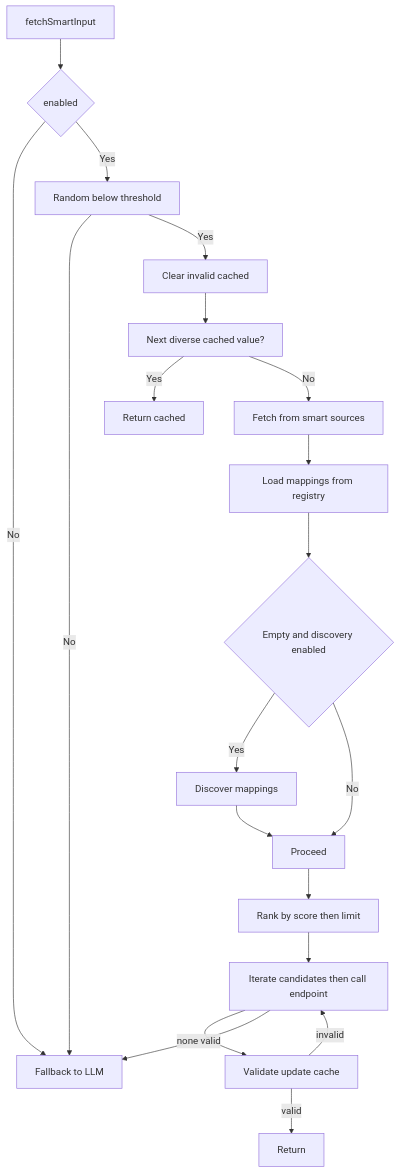
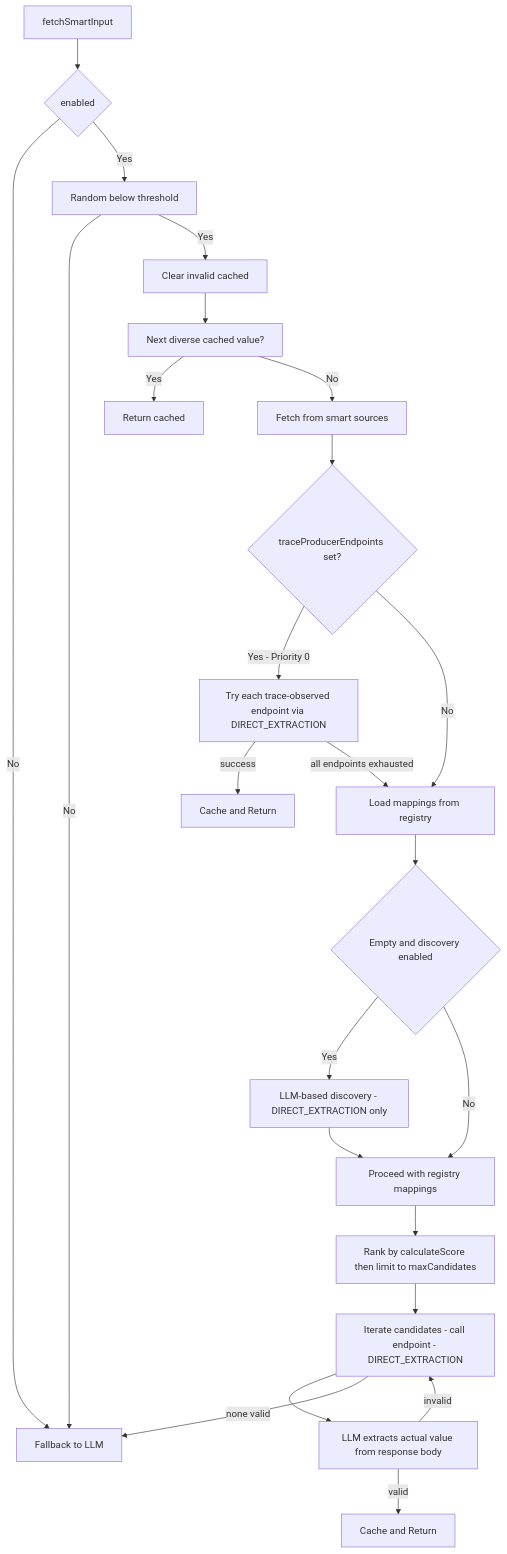
One commit to miaoti/Rest changed diagram 16 of 23 in src/main/resources/My-Example/trainticket/flow.md. Above: the diagram before and after it, drawn with Mermaid. The commit also changed other lines of this file and 638 other files, not shown here.

````diff
--- a/src/main/resources/My-Example/trainticket/flow.md
+++ b/src/main/resources/My-Example/trainticket/flow.md
@@ -352,22 +747,26 @@
 ```mermaid
 flowchart TD
     A[fetchSmartInput] --> B{enabled}
     B -->|No| C[Fallback to LLM]
     B -->|Yes| D[Random below threshold]
     D -->|No| C[Fallback to LLM]
     D -->|Yes| E[Clear invalid cached]
     E --> F[Next diverse cached value?]
     F -->|Yes| G[Return cached]
     F -->|No| H[Fetch from smart sources]
-    H --> I[Load mappings from registry]
+    H --> H0{traceProducerEndpoints set?}
+    H0 -->|Yes - Priority 0| H1[Try each trace-observed endpoint via DIRECT_EXTRACTION]
+    H1 -->|success| P0[Cache and Return]
+    H1 -->|all endpoints exhausted| I[Load mappings from registry]
+    H0 -->|No| I
     I --> J{Empty and discovery enabled}
-    J -->|Yes| K[Discover mappings]
-    J -->|No| L[Proceed]
+    J -->|Yes| K[LLM-based discovery - DIRECT_EXTRACTION only]
+    J -->|No| L[Proceed with registry mappings]
     K --> L
-    L --> M[Rank by score then limit]
-    M --> N[Iterate candidates then call endpoint]
-    N --> O[Validate update cache]
-    O -->|valid| P[Return]
+    L --> M[Rank by calculateScore then limit to maxCandidates]
+    M --> N[Iterate candidates - call endpoint - DIRECT_EXTRACTION]
+    N --> O[LLM extracts actual value from response body]
+    O -->|valid| P[Cache and Return]
     O -->|invalid| N
     N -->|none valid| C[Fallback to LLM]
 ```
````
